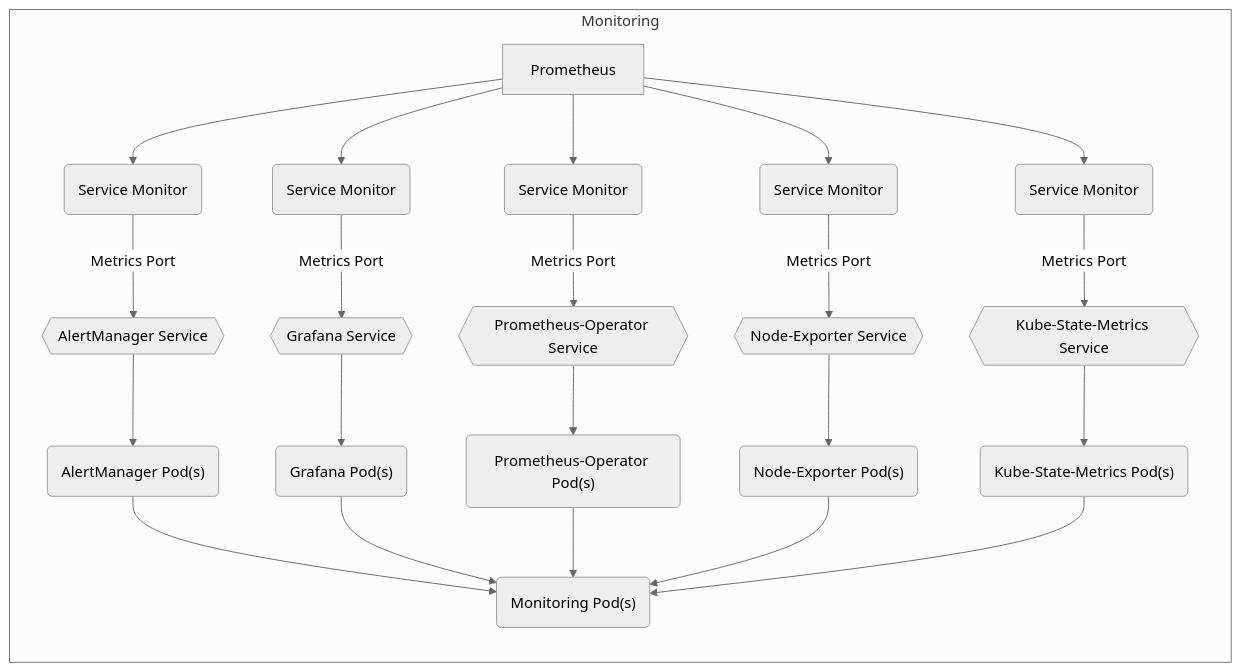
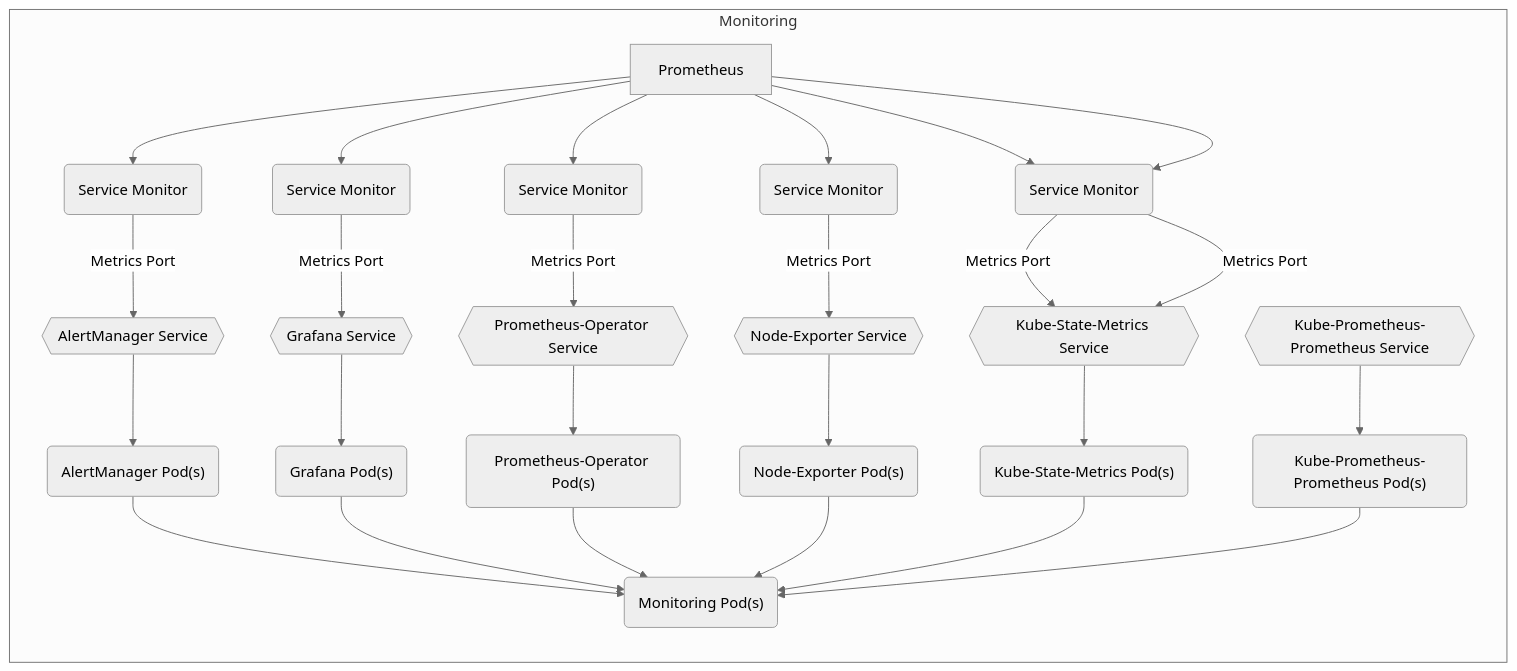
One commit to sbko/bigbang changed the diagram in charter/packages/monitoring/Architecture.md. Above: the diagram before and after it, drawn with Mermaid (neutral theme).

Commit message:
monitoring architecture

````diff
--- a/charter/packages/monitoring/Architecture.md
+++ b/charter/packages/monitoring/Architecture.md
@@ -12,29 +12,33 @@
  ```mermaid
 graph LR
   subgraph "Monitoring"
     alertmanagerpods("AlertManager Pod(s)") --> monitoringpods("Monitoring Pod(s)")
     alertmanagerservice{{AlertManager Service}} --> alertmanagerpods("AlertManager Pod(s)")
     alertmanagersvcmonitor("Service Monitor") --"Metrics Port"--> alertmanagerservice
     Prometheus --> alertmanagersvcmonitor("Service Monitor")
     grafanapods("Grafana Pod(s)") --> monitoringpods("Monitoring Pod(s)")
     grafanaservice{{Grafana Service}} --> grafanapods("Grafana Pod(s)")
     grafanasvcmonitor("Service Monitor") --"Metrics Port"--> grafanaservice
     Prometheus --> grafanasvcmonitor("Service Monitor")
     prometheusoperatorpods("Prometheus-Operator Pod(s)") --> monitoringpods("Monitoring Pod(s)")
     prometheusoperatorservice{{Prometheus-Operator Service}} -->  prometheusoperatorpods("Prometheus-Operator Pod(s)")
     prometheusoperatorsvcmonitor("Service Monitor") --"Metrics Port"--> prometheusoperatorservice
     Prometheus --> prometheusoperatorsvcmonitor("Service Monitor")
     nodeexporterpods("Node-Exporter Pod(s)") --> monitoringpods("Monitoring Pod(s)")
     nodeexporterservice{{Node-Exporter Service}} -->  nodeexporterpods("Node-Exporter Pod(s)")
     nodeexportersvcmonitor("Service Monitor") --"Metrics Port"-->  nodeexporterservice
     Prometheus --> nodeexportersvcmonitor("Service Monitor")
     kubestatemetricspods("Kube-State-Metrics Pod(s)") --> monitoringpods("Monitoring Pod(s)")
     kubestatemetricsservice{{Kube-State-Metrics Service}} -->  kubestatemetricspods("Kube-State-Metrics Pod(s)")
     kubestatemetricssvcmonitor("Service Monitor") --"Metrics Port"-->  kubestatemetricsservice
     Prometheus --> kubestatemetricssvcmonitor("Service Monitor")
+    kubeprometheuspods("Kube-Prometheus-Prometheus Pod(s)") --> monitoringpods("Monitoring Pod(s)")
+    kubeprometheusservice{{Kube-Prometheus-Prometheus Service}} -->  kubeprometheuspods("Kube-Prometheus-Prometheus Pod(s)")
+    kubestatemetricssvcmonitor("Service Monitor") --"Metrics Port"-->  kubestatemetricsservice
+    Prometheus --> kubestatemetricssvcmonitor("Service Monitor")
     
 
     
   end
   
 ```   
````
